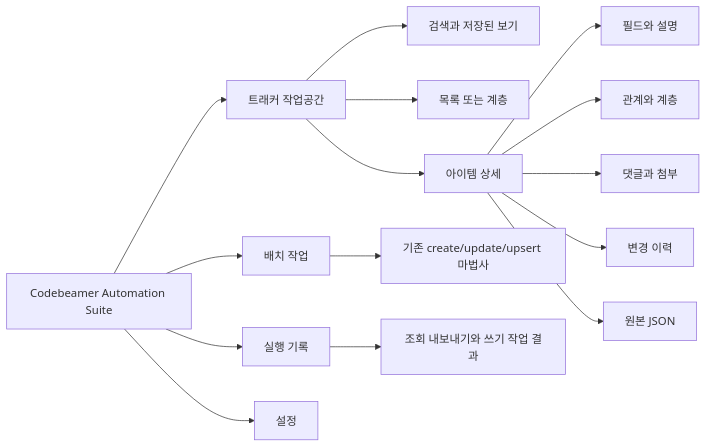
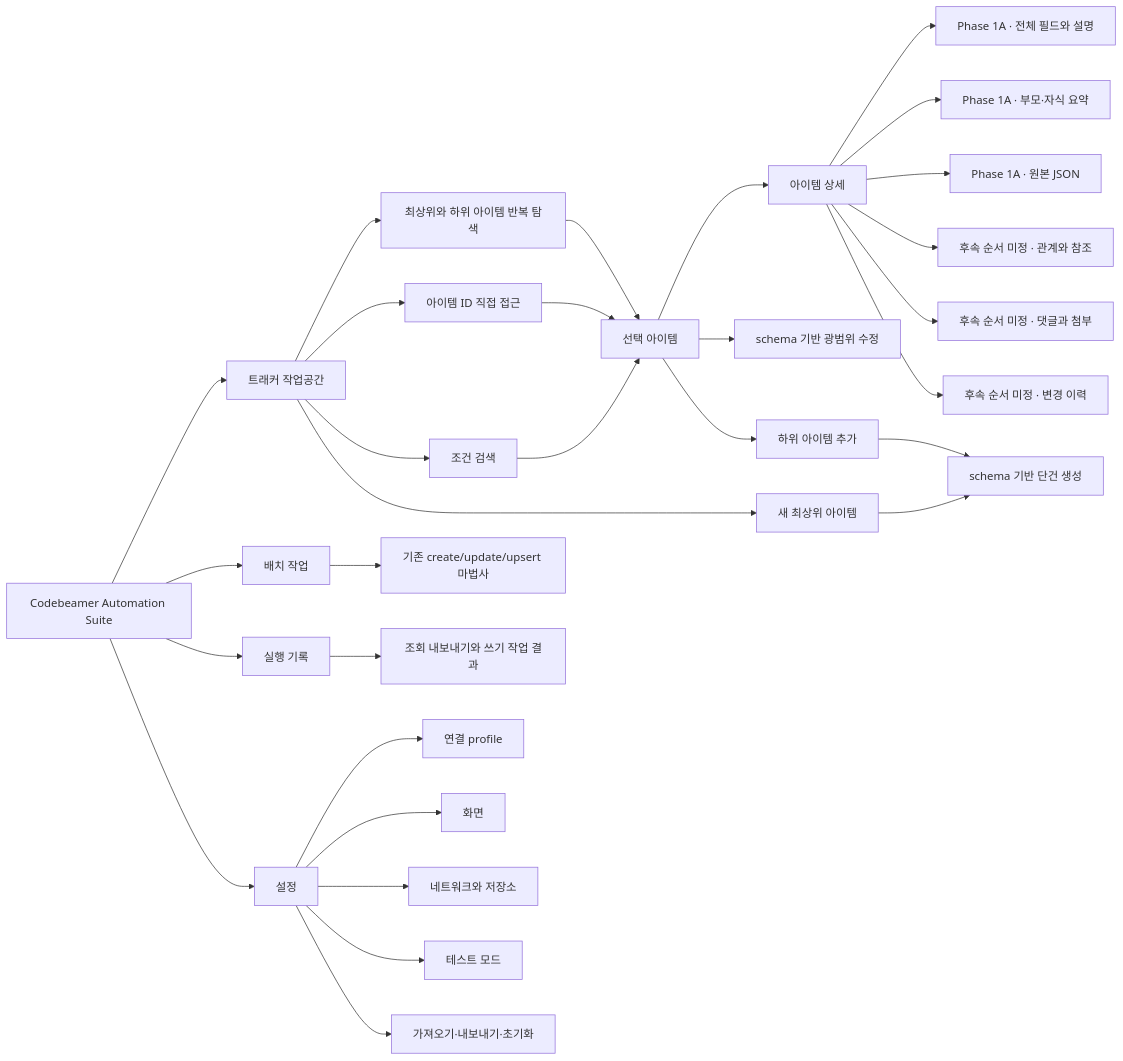
The first of 2 diagrams in docs/tracker-workspace-gui-storyboard.md (H-Wol/codebeamer-automation-suite), drawn with Mermaid before and after one commit. The commit also changed other lines of this file, not shown here.

````diff
--- a/docs/tracker-workspace-gui-storyboard.md
+++ b/docs/tracker-workspace-gui-storyboard.md
@@ -72,20 +106,37 @@
 ```mermaid
 flowchart LR
     App["Codebeamer Automation Suite"] --> Workspace["트래커 작업공간"]
     App --> Batch["배치 작업"]
     App --> Activity["실행 기록"]
     App --> Settings["설정"]
 
-    Workspace --> Search["검색과 저장된 보기"]
-    Workspace --> List["목록 또는 계층"]
-    Workspace --> Detail["아이템 상세"]
+    Workspace --> Hierarchy["최상위와 하위 아이템 반복 탐색"]
+    Workspace --> Direct["아이템 ID 직접 접근"]
+    Workspace --> Search["조건 검색"]
+    Workspace --> CreateTop["새 최상위 아이템"]
 
-    Detail --> Fields["필드와 설명"]
-    Detail --> Relations["관계와 계층"]
-    Detail --> Collaboration["댓글과 첨부"]
-    Detail --> History["변경 이력"]
-    Detail --> Raw["원본 JSON"]
+    Hierarchy --> Selected["선택 아이템"]
+    Direct --> Selected
+    Search --> Selected
+    Selected --> Detail["아이템 상세"]
+    Selected --> BroadEdit["schema 기반 광범위 수정"]
+    Selected --> CreateChild["하위 아이템 추가"]
+
+    CreateTop --> SingleCreate["schema 기반 단건 생성"]
+    CreateChild --> SingleCreate
+
+    Detail --> Fields["Phase 1A · 전체 필드와 설명"]
+    Detail --> HierarchySummary["Phase 1A · 부모·자식 요약"]
+    Detail --> Raw["Phase 1A · 원본 JSON"]
+    Detail --> Relations["후속 순서 미정 · 관계와 참조"]
+    Detail --> Collaboration["후속 순서 미정 · 댓글과 첨부"]
+    Detail --> History["후속 순서 미정 · 변경 이력"]
 
     Batch --> Existing["기존 create/update/upsert 마법사"]
     Activity --> Runs["조회 내보내기와 쓰기 작업 결과"]
+    Settings --> Connection["연결 profile"]
+    Settings --> Appearance["화면"]
+    Settings --> NetworkStorage["네트워크와 저장소"]
+    Settings --> TestData["테스트 모드"]
+    Settings --> SettingsData["가져오기·내보내기·초기화"]
 ```
````
